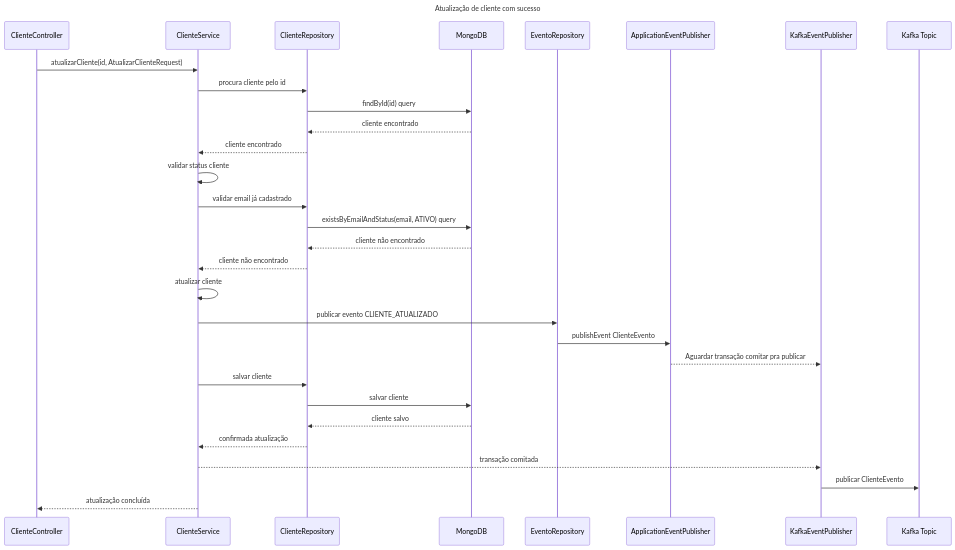
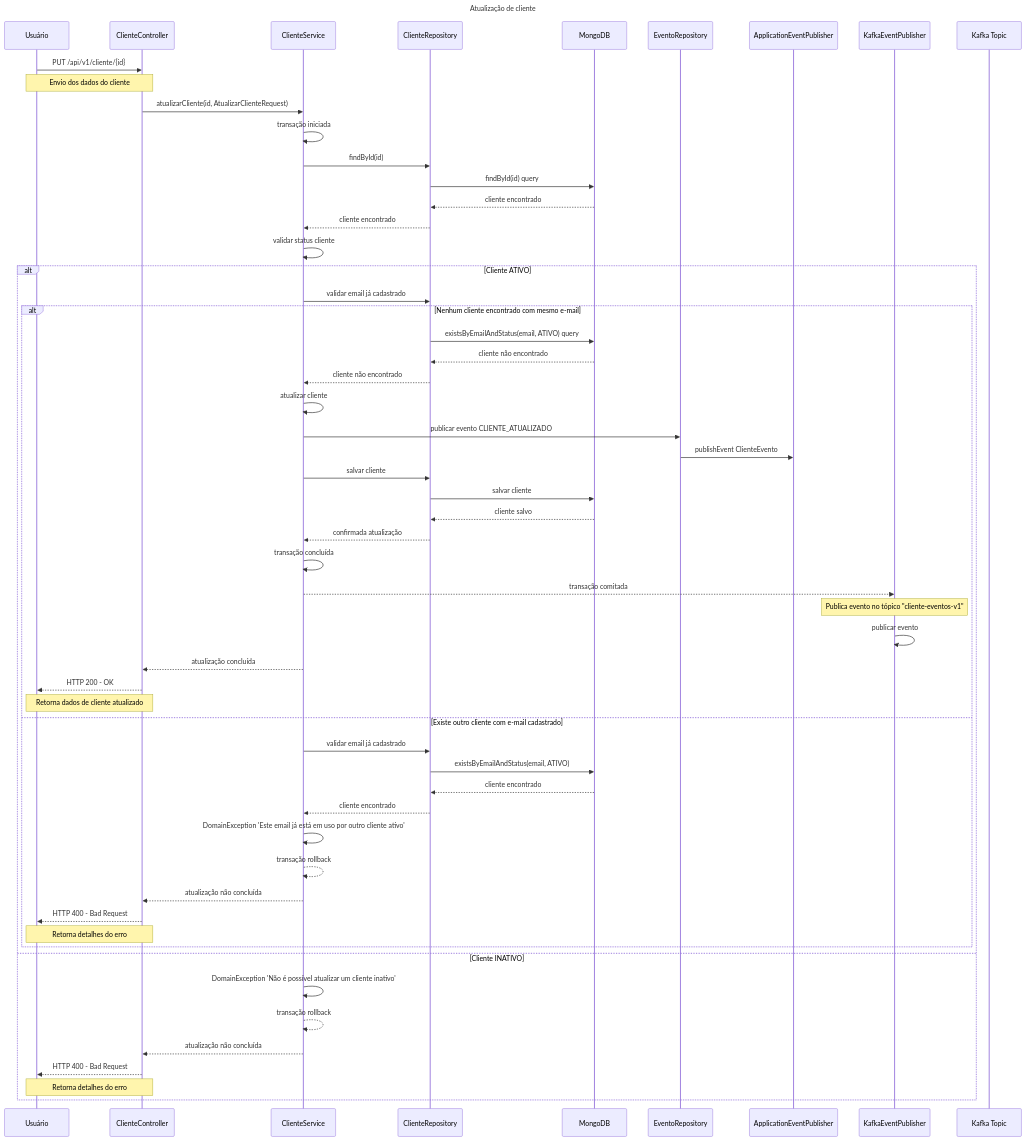
Before and after one commit to thiagosv/ms-cliente-mvc: the diagram in .doc/c4/nivel-4/AtualizacaoCliente.md, drawn with Mermaid. The commit also changed other lines of this file and 6 other files, not shown here.

Commit message:
C4: Ajustes nos diagramas de sequencia

````diff
--- a/.doc/c4/nivel-4/AtualizacaoCliente.md
+++ b/.doc/c4/nivel-4/AtualizacaoCliente.md
@@ -1,36 +1,63 @@
 ```mermaid
 ---
-title: Atualização de cliente com sucesso
+title: Atualização de cliente
 ---
 sequenceDiagram
+participant U as Usuário
 participant CC as ClienteController
 participant CS as ClienteService
 participant CR as ClienteRepository
 participant M as MongoDB
 participant ER as EventoRepository
 participant AEP as ApplicationEventPublisher
 participant K as KafkaEventPublisher
 participant T as Kafka Topic
 
+    U->>CC: PUT /api/v1/cliente/{id}
+    Note over U,CC: Envio dos dados do cliente
     CC->>CS: atualizarCliente(id, AtualizarClienteRequest)
-    CS->>CR: procura cliente pelo id
+    CS->>CS: transação iniciada
+    CS->>CR: findById(id)
     CR->>M: findById(id) query
     M-->>CR: cliente encontrado
     CR-->>CS: cliente encontrado
     CS->>CS: validar status cliente
-    CS->>CR: validar email já cadastrado
-    CR->>M: existsByEmailAndStatus(email, ATIVO) query
-    M-->>CR: cliente não encontrado
-    CR-->>CS: cliente não encontrado
-    CS->>CS: atualizar cliente
-    CS->>ER: publicar evento CLIENTE_ATUALIZADO
-    ER->>AEP: publishEvent ClienteEvento
-    AEP-->>K: Aguardar transação comitar pra publicar
-    CS->>CR: salvar cliente
-    CR->>M: salvar cliente
-    M-->>CR: cliente salvo
-    CR-->>CS: confirmada atualização
-    CS-->>K: transação comitada
-    K->>T: publicar ClienteEvento
-    CS-->>CC: atualização concluída
+    alt Cliente ATIVO
+        CS->>CR: validar email já cadastrado
+        alt Nenhum cliente encontrado com mesmo e-mail
+            CR->>M: existsByEmailAndStatus(email, ATIVO) query
+            M-->>CR: cliente não encontrado
+            CR-->>CS: cliente não encontrado
+            CS->>CS: atualizar cliente
+            CS->>ER: publicar evento CLIENTE_ATUALIZADO
+            ER->>AEP: publishEvent ClienteEvento
+            CS->>CR: salvar cliente
+            CR->>M: salvar cliente
+            M-->>CR: cliente salvo
+            CR-->>CS: confirmada atualização
+            CS->>CS: transação concluída
+            CS-->>K: transação comitada
+            Note over K: Publica evento no tópico "cliente-eventos-v1"
+            K->>K: publicar evento
+            CS-->>CC: atualização concluída
+            CC-->>U: HTTP 200 - OK
+            Note over CC,U: Retorna dados de cliente atualizado
+        else Existe outro cliente com e-mail cadastrado
+            CS->>CR: validar email já cadastrado
+            CR->>M: existsByEmailAndStatus(email, ATIVO)
+            M-->>CR: cliente encontrado
+            CR-->>CS: cliente encontrado
+            CS->>CS: DomainException 'Este email já está em uso por outro cliente ativo'
+            CS-->>CS: transação rollback
+            CS-->>CC: atualização não concluída
+            CC-->>U: HTTP 400 - Bad Request
+            Note over CC,U: Retorna detalhes do erro
+        end
+    else Cliente INATIVO
+        CS->>CS: DomainException 'Não é possível atualizar um cliente inativo'
+        CS-->>CS: transação rollback
+        CS-->>CC: atualização não concluída
+        CC-->>U: HTTP 400 - Bad Request
+        Note over CC,U: Retorna detalhes do erro
+    end
 ```
````
